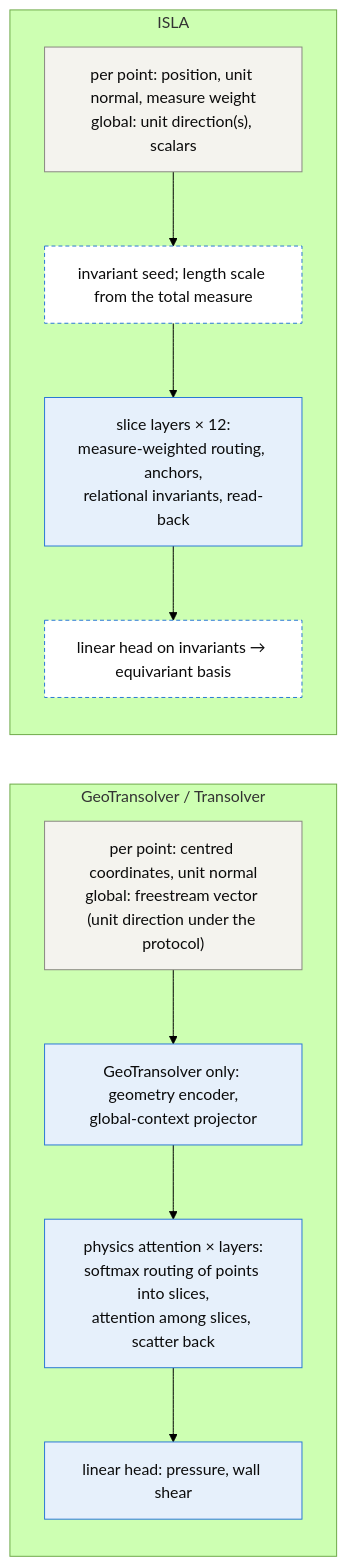
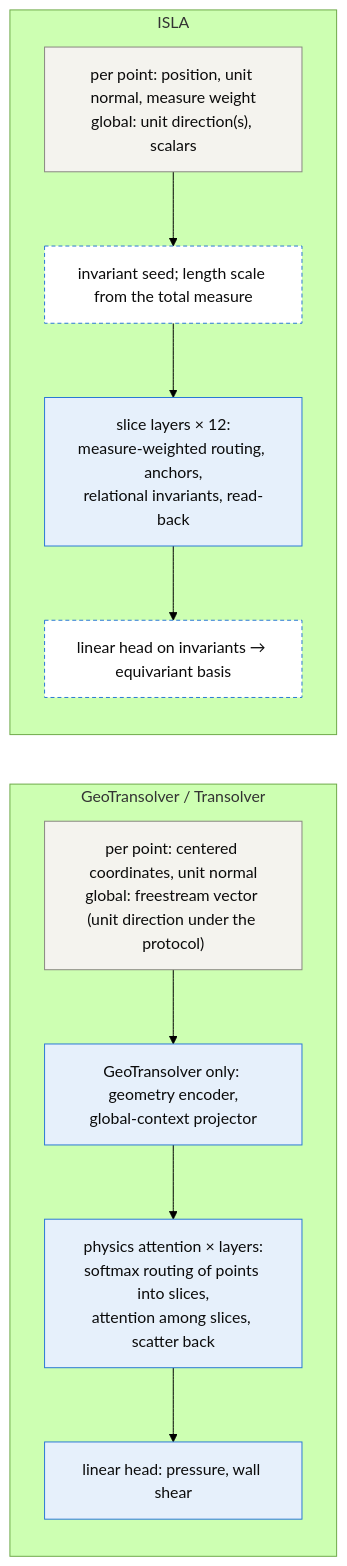
One commit to peterdsharpe/physicsnemo changed the diagram in examples/cfd/mesh_transformer/book/04-baselines-and-fair-comparison.qmd. Above: the diagram before and after it, drawn with Mermaid (forest theme). The commit also changed other lines of this file and 15 other files, not shown here.

````diff
--- a/examples/cfd/mesh_transformer/book/04-baselines-and-fair-comparison.qmd
+++ b/examples/cfd/mesh_transformer/book/04-baselines-and-fair-comparison.qmd
@@ -41,33 +41,33 @@
 ```{mermaid}
 %%| label: fig-family-diagram
 %%| fig-cap: >
-%%|   What each architecture is handed, and where they differ. Grey boxes
+%%|   What each architecture is handed, and where they differ. Gray boxes
 %%|   are data; the routing mechanism (solid blue) is shared by the whole
 %%|   family. GeoTransolver and Transolver receive coordinates in the
 %%|   dataset's frame and the freestream as a vector; ISLA receives only
 %%|   invariants of the same inputs and its slices carry the surface measure
 %%|   (dashed blue: fixed maps with no parameters). How to read this: the
 %%|   diagram shows inputs and structure, not accuracy; the learned blocks are
 %%|   the same kind of object in all three.
 flowchart LR
     classDef data fill:#f4f3ee,stroke:#898781,color:#0b0b0b
     classDef learned fill:#e6f0fb,stroke:#2a78d6,color:#0b0b0b
     classDef fixed fill:#ffffff,stroke:#2a78d6,stroke-dasharray:4 3,color:#0b0b0b
 
     subgraph B["GeoTransolver / Transolver"]
         direction TB
-        B1["per point: centred coordinates, unit normal<br/>global: freestream vector (unit direction under the protocol)"]:::data
+        B1["per point: centered coordinates, unit normal<br/>global: freestream vector (unit direction under the protocol)"]:::data
         B2["GeoTransolver only: geometry encoder,<br/>global-context projector"]:::learned
         B3["physics attention × layers:<br/>softmax routing of points into slices,<br/>attention among slices, scatter back"]:::learned
         B4["linear head: pressure, wall shear"]:::learned
         B1 --> B2 --> B3 --> B4
     end
     subgraph I["ISLA"]
         direction TB
         I1["per point: position, unit normal, measure weight<br/>global: unit direction(s), scalars"]:::data
         I2["invariant seed; length scale from the total measure"]:::fixed
         I3["slice layers × 12:<br/>measure-weighted routing, anchors,<br/>relational invariants, read-back"]:::learned
         I4["linear head on invariants → equivariant basis"]:::fixed
         I1 --> I2 --> I3 --> I4
     end
 ```
````
